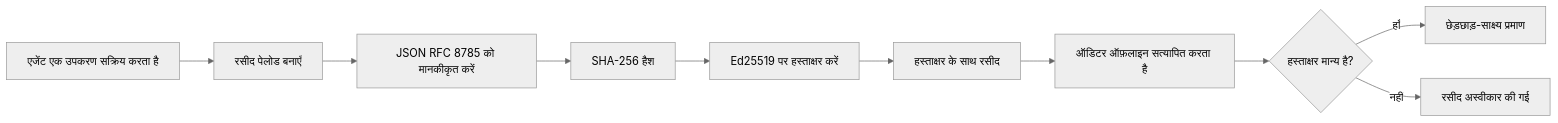
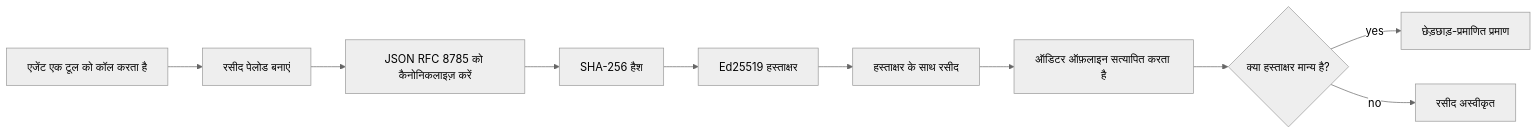
The first of 2 diagrams in mirrors/repos/microsoft@ai-agents-for-beginners/translations/hi/18-securing-ai-agents/README.md (gabrielmoreira/agent-skills-mirror), drawn with Mermaid (neutral theme) before and after one commit. The commit also changed other lines of this file and 8886 other files, not shown here.

````diff
--- a/mirrors/repos/microsoft@ai-agents-for-beginners/translations/hi/18-securing-ai-agents/README.md
+++ b/mirrors/repos/microsoft@ai-agents-for-beginners/translations/hi/18-securing-ai-agents/README.md
@@ -51,12 +51,12 @@
 ```mermaid
 flowchart LR
-    A[एजेंट एक उपकरण सक्रिय करता है] --> B[रसीद पेलोड बनाएँ]
-    B --> C[JSON RFC 8785 को मानकीकृत करें]
+    A[एजेंट एक टूल को कॉल करता है] --> B[रसीद पेलोड बनाएं]
+    B --> C[JSON RFC 8785 को कैनोनिकलाइज़ करें]
     C --> D[SHA-256 हैश]
-    D --> E[Ed25519 पर हस्ताक्षर करें]
+    D --> E[Ed25519 हस्ताक्षर]
     E --> F[हस्ताक्षर के साथ रसीद]
     F --> G[ऑडिटर ऑफ़लाइन सत्यापित करता है]
-    G --> H{हस्ताक्षर मान्य है?}
-    H -- हाँ --> I[छेड़छाड़-साक्ष्य प्रमाण]
-    H -- नहीं --> J[रसीद अस्वीकार की गई]
+    G --> H{क्या हस्ताक्षर मान्य है?}
+    H -- yes --> I[छेड़छाड़-प्रमाणित प्रमाण]
+    H -- no --> J[रसीद अस्वीकृत]
 ```
````
